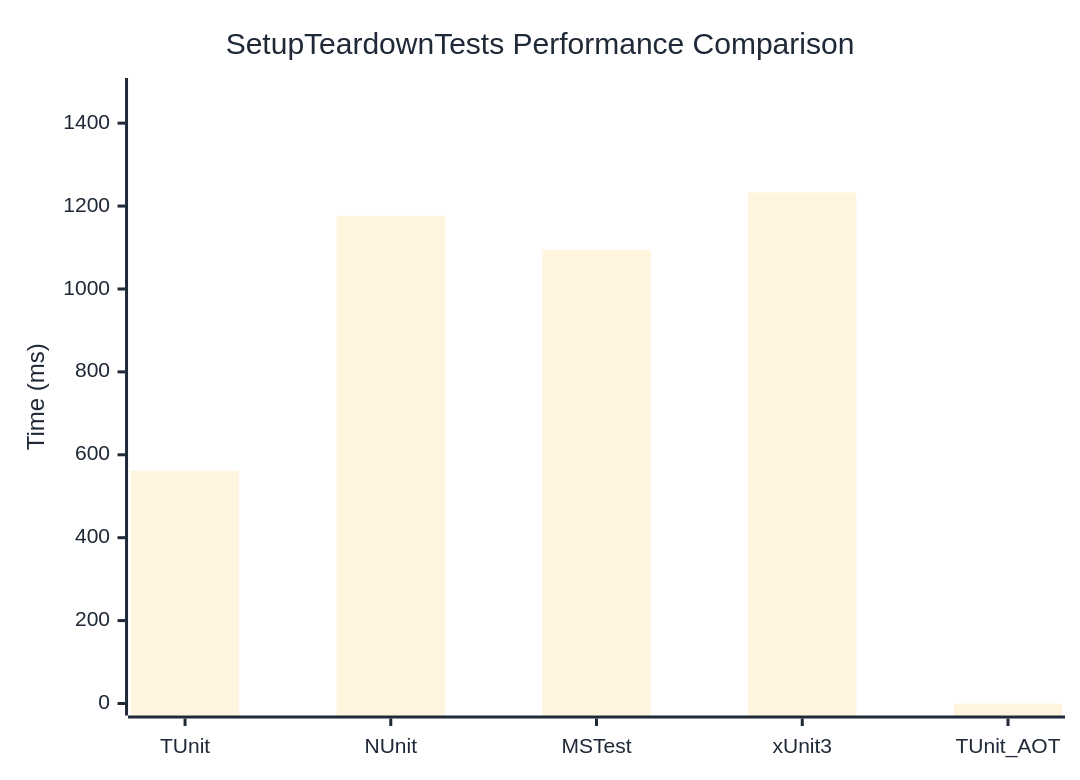
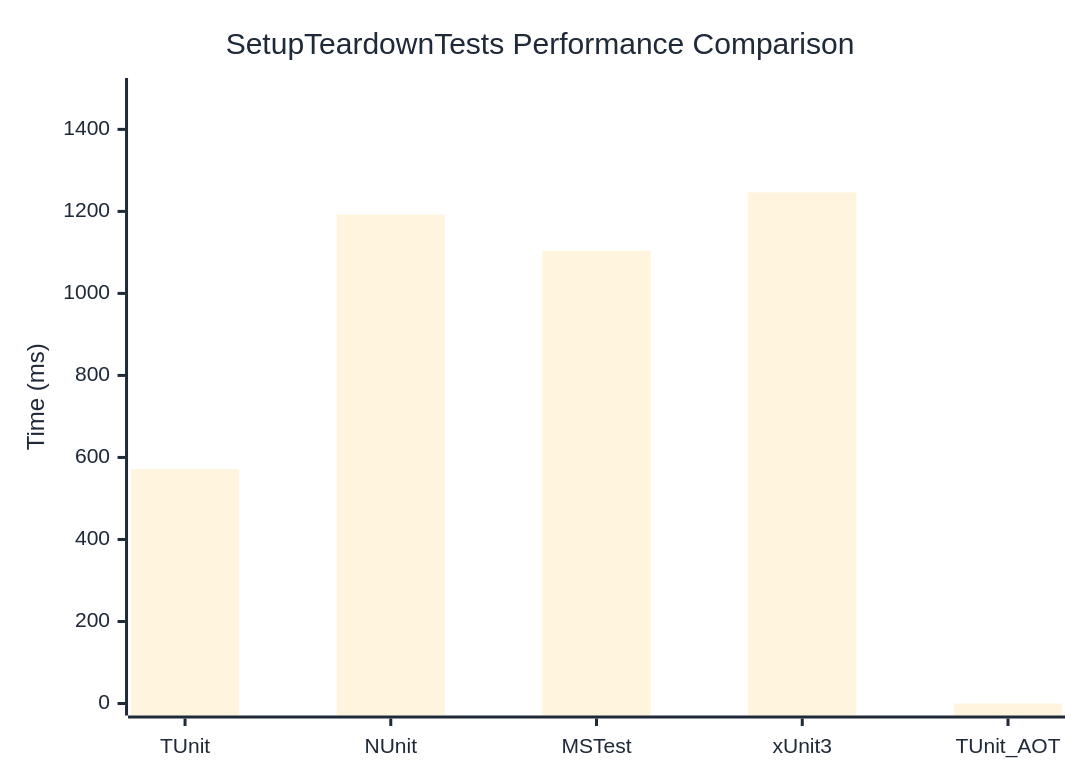
One commit to thomhurst/TUnit changed the diagram in docs/docs/benchmarks/SetupTeardownTests.md. Above: the diagram before and after it, drawn with Mermaid. The commit also changed other lines of this file and 17 other files, not shown here.

````diff
--- a/docs/docs/benchmarks/SetupTeardownTests.md
+++ b/docs/docs/benchmarks/SetupTeardownTests.md
@@ -27,37 +27,37 @@
 ```mermaid
 %%{init: {
   'theme':'base',
   'themeVariables': {
     'primaryColor': '#2563eb',
     'primaryTextColor': '#1f2937',
     'primaryBorderColor': '#1e40af',
     'lineColor': '#6b7280',
     'secondaryColor': '#7c3aed',
     'tertiaryColor': '#dc2626',
     'background': '#ffffff',
     'mainBkg': '#2563eb',
     'secondBkg': '#7c3aed',
     'tertiaryBkg': '#dc2626',
     'clusterBkg': '#f3f4f6',
     'edgeLabelBackground': '#ffffff',
     'tertiaryTextColor': '#1f2937',
     'pie1': '#2563eb',
     'pie2': '#7c3aed',
     'pie3': '#dc2626',
     'pie4': '#f59e0b',
     'pie5': '#10b981',
     'pie6': '#06b6d4',
     'pie7': '#ec4899',
     'pie8': '#6366f1',
     'pie9': '#84cc16',
     'pie10': '#f97316',
     'pie11': '#14b8a6',
     'pie12': '#a855f7'
   }
 }}%%
 xychart-beta
   title "SetupTeardownTests Performance Comparison"
   x-axis ["TUnit", "NUnit", "MSTest", "xUnit3", "TUnit_AOT"]
-  y-axis "Time (ms)" 0 --> 1480
-  bar [561.5, 1176.5, 1094.9, 1232.7, 0]
+  y-axis "Time (ms)" 0 --> 1496
+  bar [571.4, 1192.4, 1104, 1246.5, 0]
 ```
````
